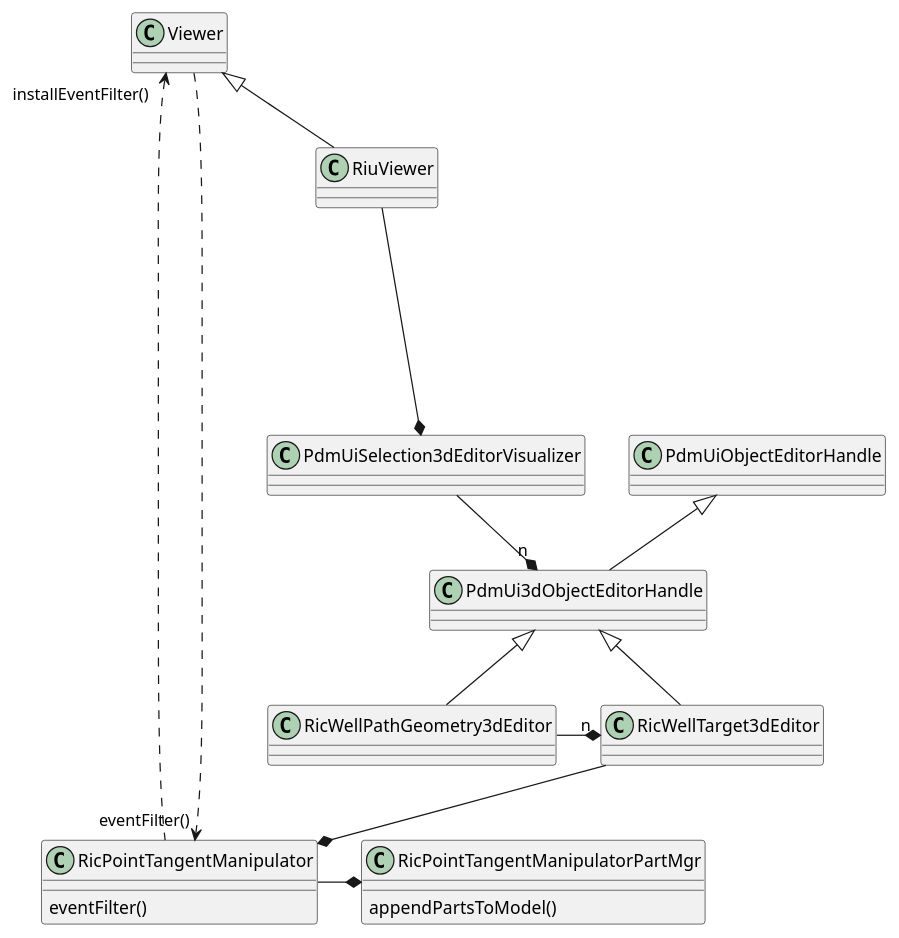
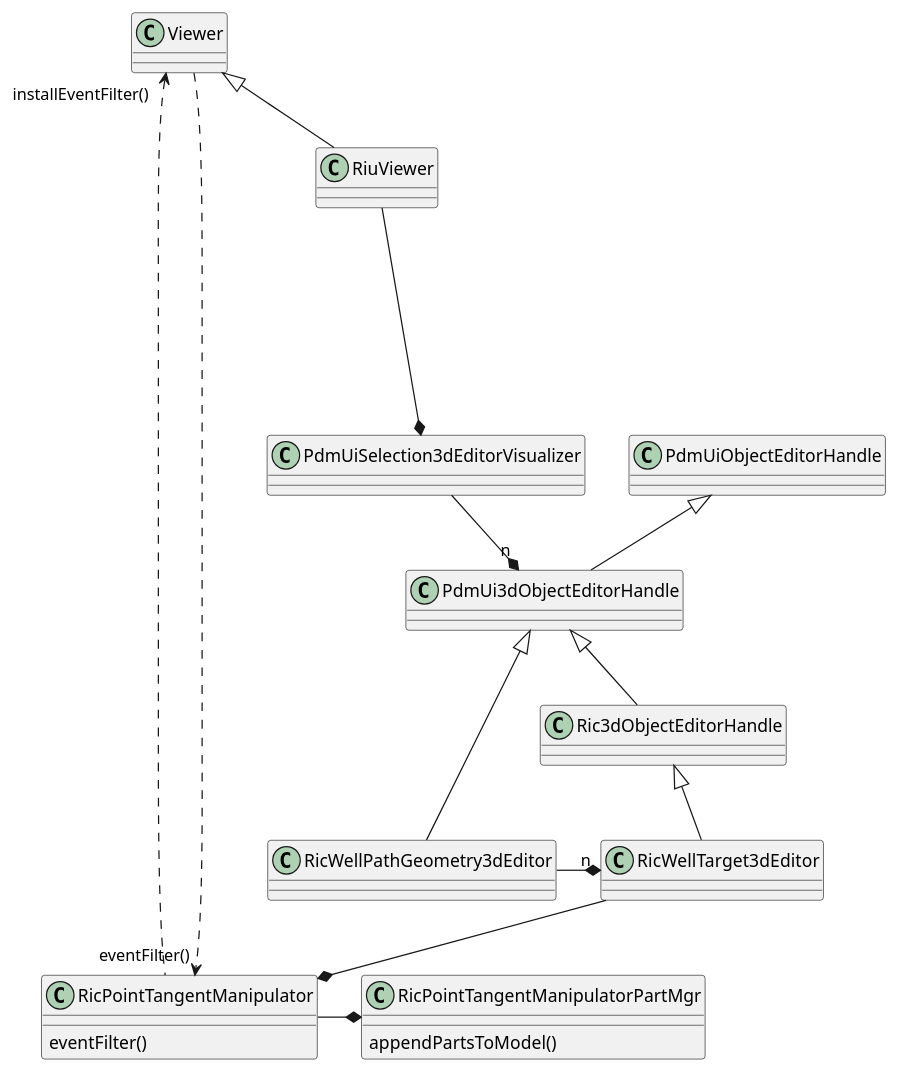
The diagram in doc/well-target-3deditor.plantuml (OPM/ResInsight), drawn with PlantUML before and after one commit. The commit also changed 16 other files, not shown here.

```diff
--- a/doc/well-target-3deditor.plantuml
+++ b/doc/well-target-3deditor.plantuml
@@ -1,29 +1,31 @@
 @startuml
 
 class RicPointTangentManipulator{
 eventFilter()
 }
 
 class RicPointTangentManipulatorPartMgr {
 appendPartsToModel()
 }
 Viewer <|-- RiuViewer
 RiuViewer ----* PdmUiSelection3dEditorVisualizer
 
 RicPointTangentManipulator -* RicPointTangentManipulatorPartMgr
 
 PdmUiObjectEditorHandle <|-- PdmUi3dObjectEditorHandle
 
-PdmUi3dObjectEditorHandle <|-- RicWellTarget3dEditor
-
 RicWellTarget3dEditor --* RicPointTangentManipulator
 
 RicWellPathGeometry3dEditor -* "n" RicWellTarget3dEditor
 PdmUi3dObjectEditorHandle <|-- RicWellPathGeometry3dEditor
 
 RicPointTangentManipulator ..up.> "installEventFilter()" Viewer
 
+PdmUi3dObjectEditorHandle <|-- Ric3dObjectEditorHandle
+Ric3dObjectEditorHandle <|-- RicWellTarget3dEditor
 
 PdmUiSelection3dEditorVisualizer --* "n" PdmUi3dObjectEditorHandle
 Viewer ..down.> "eventFilter()" RicPointTangentManipulator
+
+
 @enduml		
```
